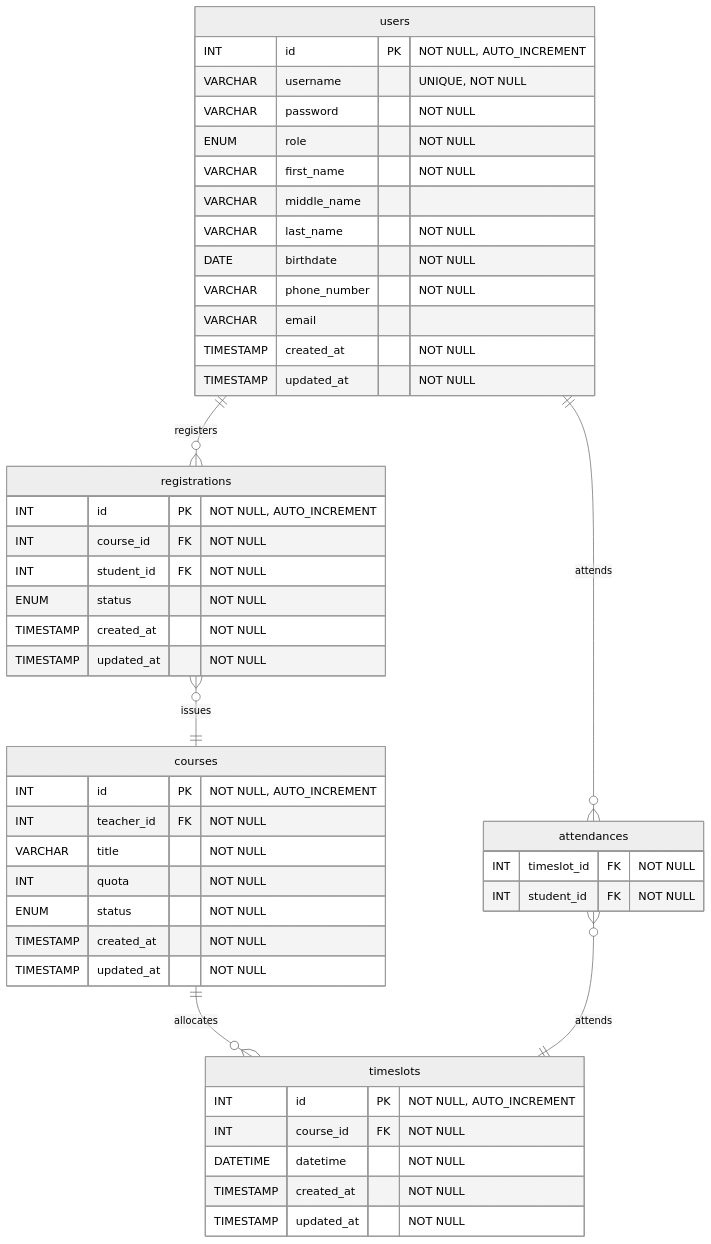
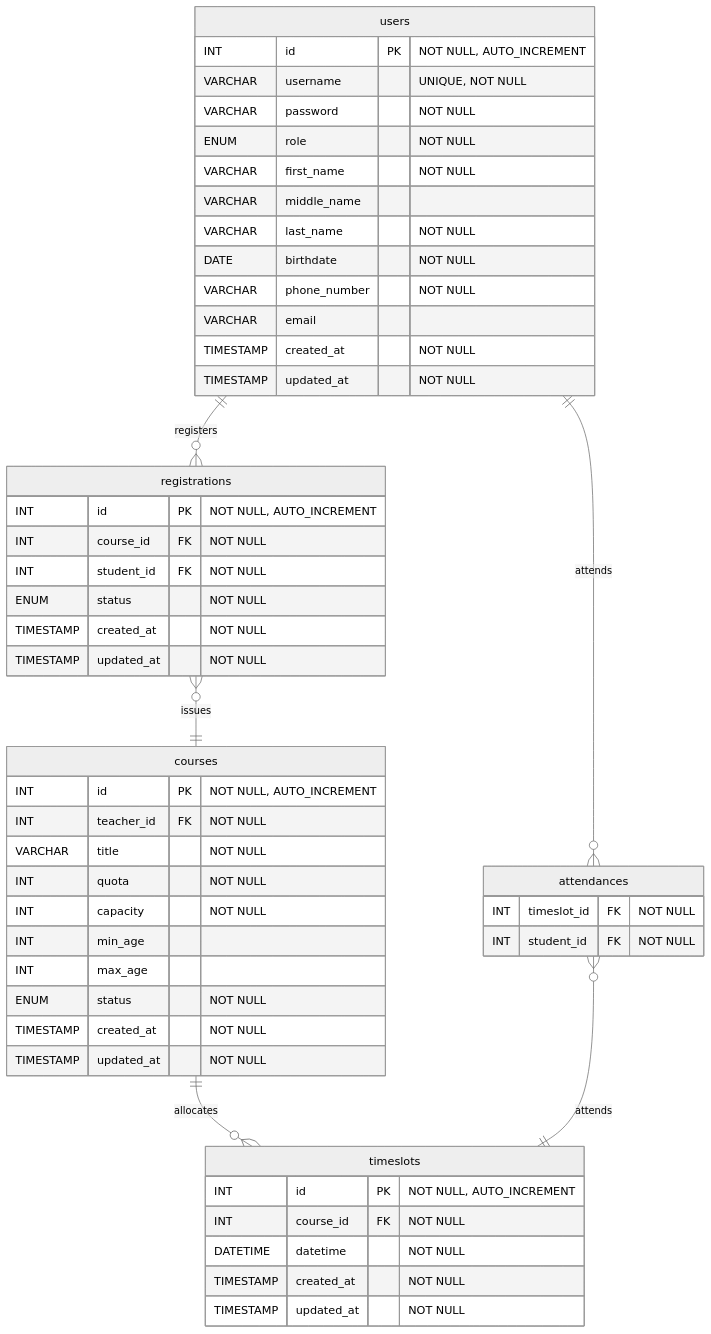
The diagram in Design/er.md (SaluteKevin/AQkid), drawn with Mermaid (neutral theme) before and after one commit. The commit also changed 1 other file, not shown here.

Commit message:
Update database schema
* ER diagram
* courses table schema

````diff
--- a/Design/er.md
+++ b/Design/er.md
@@ -3,56 +3,59 @@
 ```mermaid
 erDiagram
     users {
         INT id PK "NOT NULL, AUTO_INCREMENT"
         VARCHAR username "UNIQUE, NOT NULL"
         VARCHAR password "NOT NULL"
         ENUM role "NOT NULL"
         VARCHAR first_name "NOT NULL"
         VARCHAR middle_name
         VARCHAR last_name "NOT NULL"
         DATE birthdate "NOT NULL"
         VARCHAR phone_number "NOT NULL"
         VARCHAR email
         TIMESTAMP created_at "NOT NULL"
         TIMESTAMP updated_at "NOT NULL"
     }
 
     courses {
         INT id PK "NOT NULL, AUTO_INCREMENT"
         INT teacher_id FK "NOT NULL"
         VARCHAR title "NOT NULL"
         INT quota "NOT NULL"
+        INT capacity "NOT NULL"
+        INT min_age
+        INT max_age
         ENUM status "NOT NULL"
         TIMESTAMP created_at "NOT NULL"
         TIMESTAMP updated_at "NOT NULL"
     }
 
     registrations {
         INT id PK "NOT NULL, AUTO_INCREMENT"
         INT course_id FK "NOT NULL"
         INT student_id FK "NOT NULL"
         ENUM status "NOT NULL"
         TIMESTAMP created_at "NOT NULL"
         TIMESTAMP updated_at "NOT NULL"
     }
 
     timeslots {
         INT id PK "NOT NULL, AUTO_INCREMENT"
         INT course_id FK "NOT NULL"
         DATETIME datetime "NOT NULL"
         TIMESTAMP created_at "NOT NULL"
         TIMESTAMP updated_at "NOT NULL"
     }
 
     attendances {
         INT timeslot_id FK "NOT NULL"
         INT student_id FK "NOT NULL"
     }
 
     users ||--o{ registrations : registers
     registrations }o--|| courses : issues
 
     courses ||--o{ timeslots : allocates
     users ||--o{ attendances  : attends
     attendances }o--|| timeslots : attends
 ```
````
